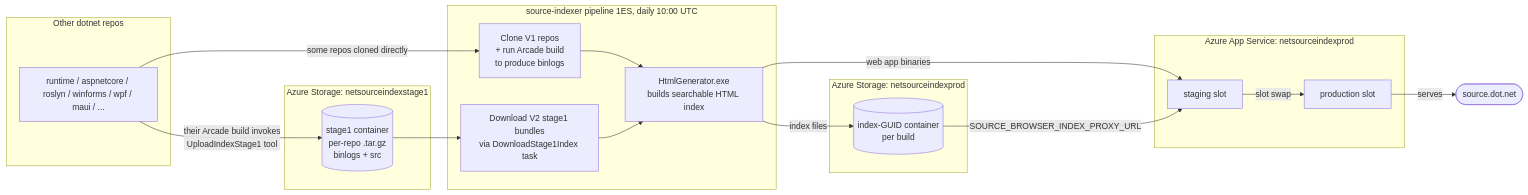
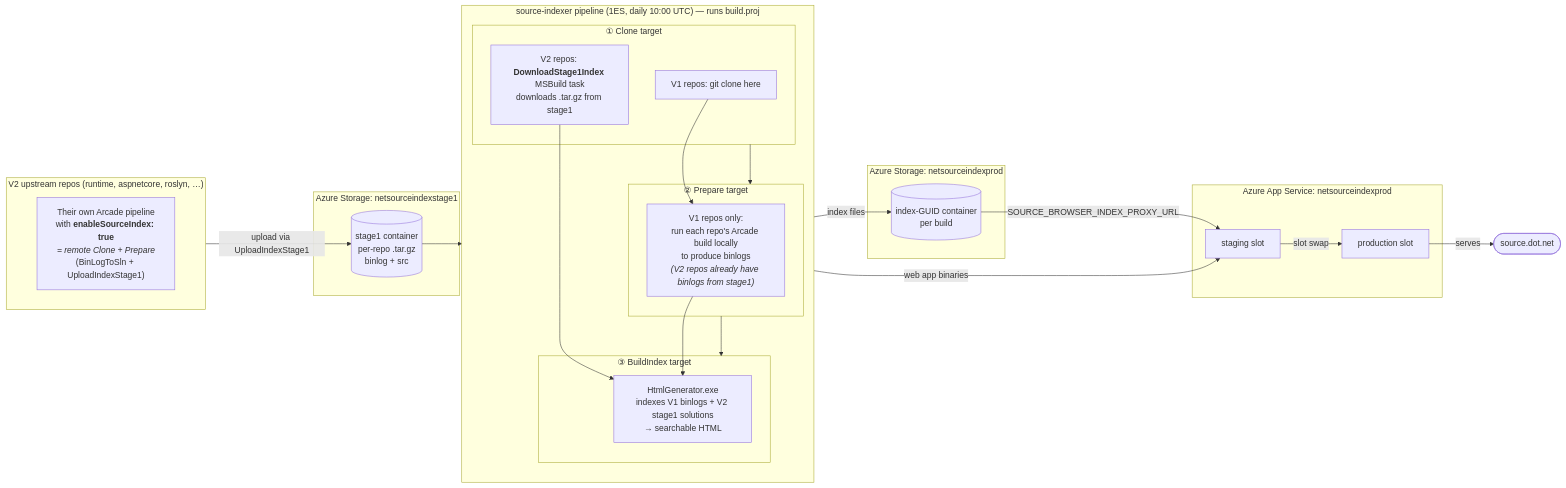
One commit to dotnet/source-indexer changed the diagram in docs/handoff/00-overview.md. Above: the diagram before and after it, drawn with Mermaid. The commit also changed other lines of this file, not shown here.

Commit message:
Tie overview diagram to Clone/Prepare/BuildIndex and V1/V2 paths
Restructure the end-to-end data flow diagram so each box maps to one of
the three build.proj targets, and so V1 vs V2 ownership is explicit:
- V1 repos: source-indexer pipeline performs all three targets.
- V2 repos: Clone+Prepare happen remotely in the upstream repo's own
  Arcade pipeline (enableSourceIndex: true); our pipeline only downloads
  the prebuilt bundle and runs BuildIndex.

Adds a 'How to read this' legend after the diagram with cross-refs to
docs 03 and 04.

````diff
--- a/docs/handoff/00-overview.md
+++ b/docs/handoff/00-overview.md
@@ -15,36 +17,46 @@
 ```mermaid
 flowchart LR
-    subgraph upstream[Other dotnet repos]
-        R1[runtime / aspnetcore / roslyn / winforms / wpf / maui / ...]
+    subgraph v2_upstream["V2 upstream repos (runtime, aspnetcore, roslyn, …)"]
+        direction TB
+        V2BUILD["Their own Arcade pipeline<br/>with <b>enableSourceIndex: true</b><br/><i>= remote Clone + Prepare</i><br/>(BinLogToSln + UploadIndexStage1)"]
     end
 
-    subgraph stage1[Azure Storage: netsourceindexstage1]
-        S1[(stage1 container<br/>per-repo .tar.gz<br/>binlogs + src)]
+    subgraph stage1["Azure Storage: netsourceindexstage1"]
+        S1[("stage1 container<br/>per-repo .tar.gz<br/>binlog + src")]
     end
 
-    subgraph build[source-indexer pipeline 1ES, daily 10:00 UTC]
-        C[Clone V1 repos<br/>+ run Arcade build<br/>to produce binlogs]
-        D[Download V2 stage1 bundles<br/>via DownloadStage1Index task]
-        I[HtmlGenerator.exe<br/>builds searchable HTML index]
+    subgraph build["source-indexer pipeline (1ES, daily 10:00 UTC) — runs build.proj"]
+        direction TB
+        subgraph step_clone["① Clone target"]
+            CV1["V1 repos: git clone here"]
+            CV2["V2 repos: <b>DownloadStage1Index</b> MSBuild task<br/>downloads .tar.gz from stage1"]
+        end
+        subgraph step_prepare["② Prepare target"]
+            P["V1 repos only:<br/>run each repo's Arcade build locally<br/>to produce binlogs<br/><i>(V2 repos already have binlogs from stage1)</i>"]
+        end
+        subgraph step_index["③ BuildIndex target"]
+            I["HtmlGenerator.exe<br/>indexes V1 binlogs + V2 stage1 solutions<br/>→ searchable HTML"]
+        end
+        step_clone --> step_prepare --> step_index
     end
 
-    subgraph storage[Azure Storage: netsourceindexprod]
-        BLOB[(index-GUID container<br/>per build)]
+    subgraph storage["Azure Storage: netsourceindexprod"]
+        BLOB[("index-GUID container<br/>per build")]
     end
 
-    subgraph app[Azure App Service: netsourceindexprod]
-        STG[staging slot]
-        PRD[production slot]
+    subgraph app["Azure App Service: netsourceindexprod"]
+        STG["staging slot"]
+        PRD["production slot"]
     end
 
-    R1 -- their Arcade build invokes<br/>UploadIndexStage1 tool --> S1
-    S1 --> D
-    R1 -- some repos cloned directly --> C
-    C --> I
-    D --> I
-    I -- index files --> BLOB
-    I -- web app binaries --> STG
-    BLOB -- SOURCE_BROWSER_INDEX_PROXY_URL --> STG
-    STG -- slot swap --> PRD
-    PRD -- serves --> User([source.dot.net])
+    V2BUILD -- "upload via UploadIndexStage1" --> S1
+    S1 --> CV2
+    CV1 --> P
+    CV2 --> I
+    P --> I
+    I -- "index files" --> BLOB
+    I -- "web app binaries" --> STG
+    BLOB -- "SOURCE_BROWSER_INDEX_PROXY_URL" --> STG
+    STG -- "slot swap" --> PRD
+    PRD -- "serves" --> User(["source.dot.net"])
 ```
````
